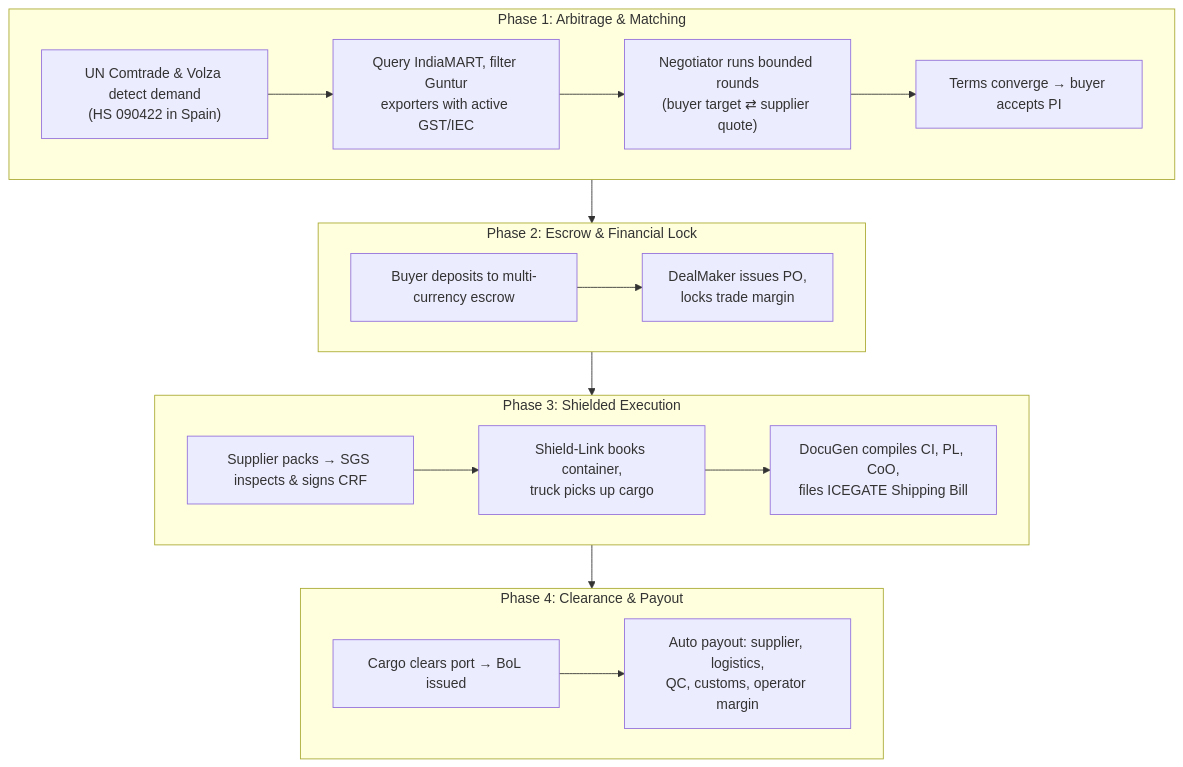
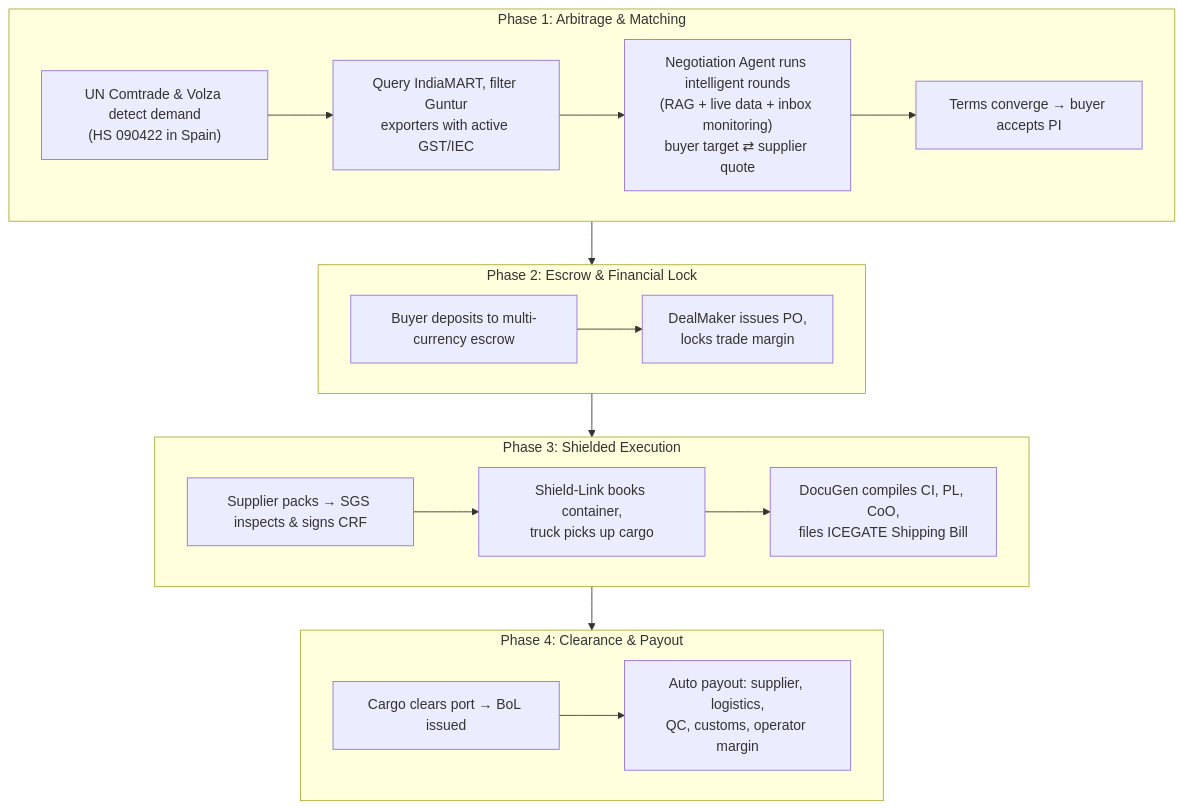
One commit to RouteToRich/portless changed the seventh of 13 diagrams in needed/portless_master_specification.md. Above: the diagram before and after it, drawn with Mermaid. The commit also changed other lines of this file and 53 other files, not shown here.

````diff
--- a/needed/portless_master_specification.md
+++ b/needed/portless_master_specification.md
@@ -453,27 +628,27 @@
 ```mermaid
 flowchart TD
     subgraph A["Phase 1: Arbitrage & Matching"]
         A1["UN Comtrade & Volza detect demand<br/>(HS 090422 in Spain)"]
         A2["Query IndiaMART, filter Guntur<br/>exporters with active GST/IEC"]
-        A3["Negotiator runs bounded rounds<br/>(buyer target ⇄ supplier quote)"]
+        A3["Negotiation Agent runs intelligent rounds<br/>(RAG + live data + inbox monitoring)<br/>buyer target ⇄ supplier quote"]
         A4["Terms converge → buyer accepts PI"]
         A1 --> A2 --> A3 --> A4
     end
     subgraph B["Phase 2: Escrow & Financial Lock"]
         B1["Buyer deposits to multi-currency escrow"]
         B2["DealMaker issues PO,<br/>locks trade margin"]
         B1 --> B2
     end
     subgraph C["Phase 3: Shielded Execution"]
         C1["Supplier packs → SGS inspects & signs CRF"]
         C2["Shield-Link books container,<br/>truck picks up cargo"]
         C3["DocuGen compiles CI, PL, CoO,<br/>files ICEGATE Shipping Bill"]
         C1 --> C2 --> C3
     end
     subgraph D["Phase 4: Clearance & Payout"]
         D1["Cargo clears port → BoL issued"]
         D2["Auto payout: supplier, logistics,<br/>QC, customs, operator margin"]
         D1 --> D2
     end
     A --> B --> C --> D
 ```
````
